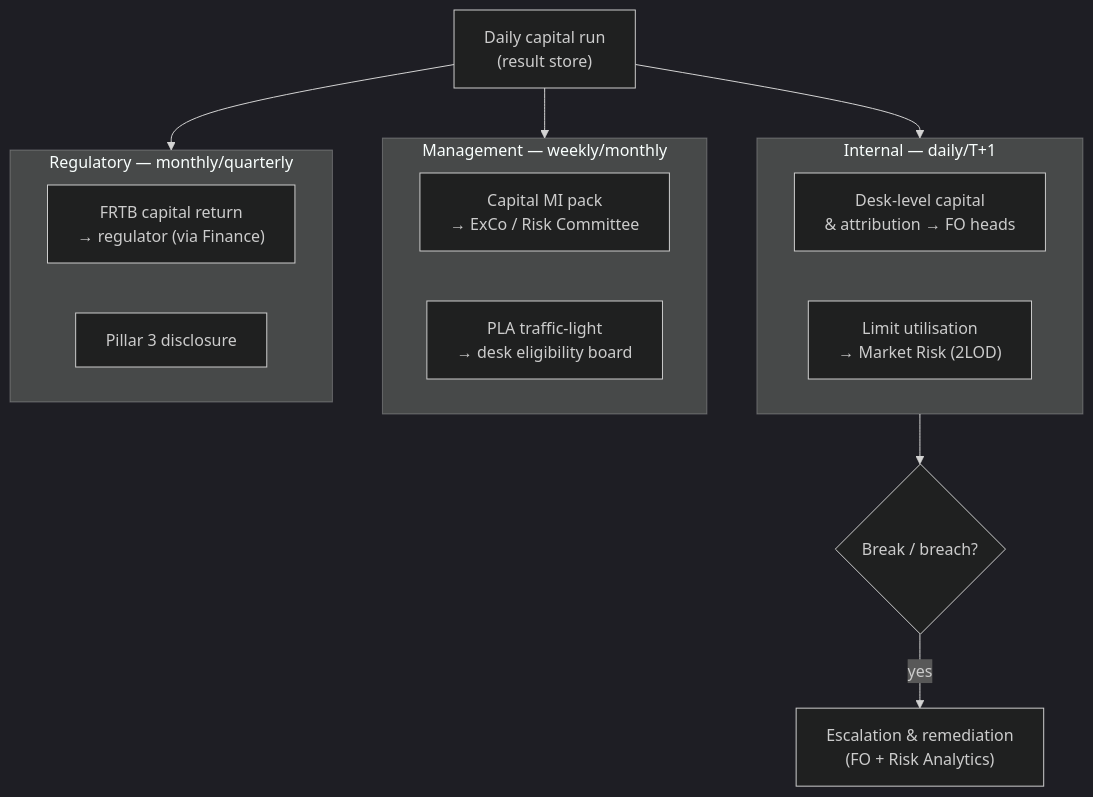
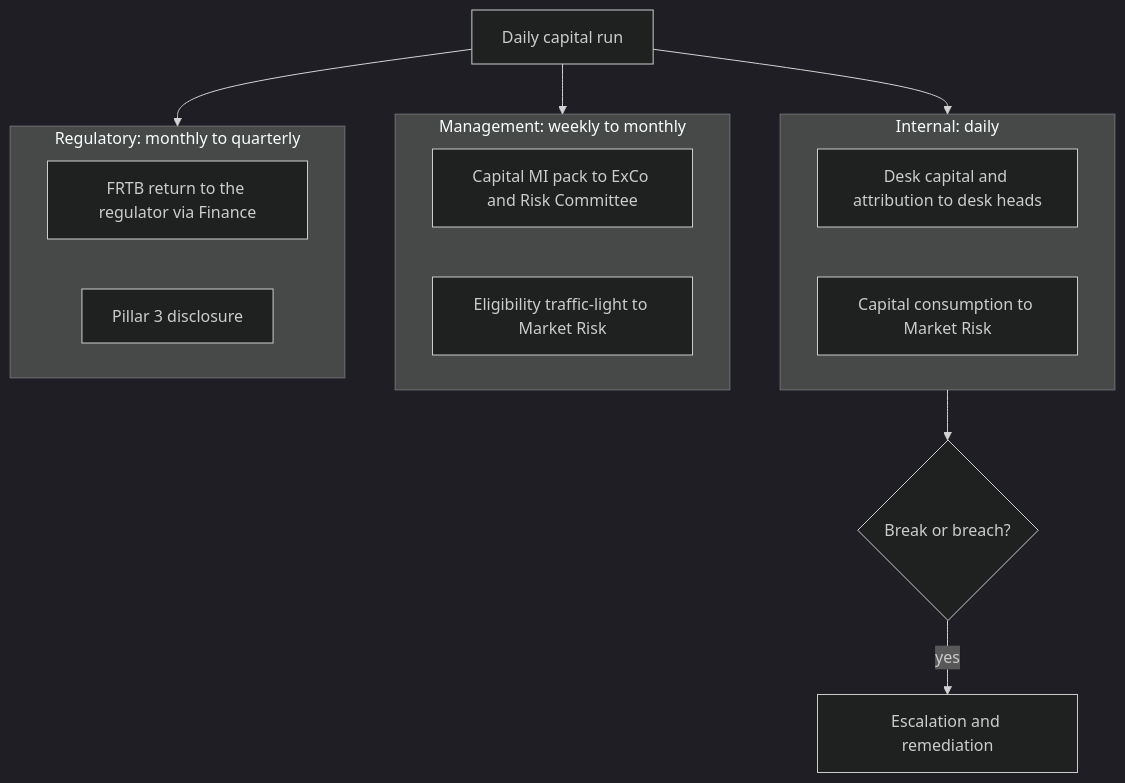
One commit to tomanizer/frtb-capital changed the sixth of 9 diagrams in docs/FRTB_TARGET_OPERATING_MODEL.md. Above: the diagram before and after it, drawn with Mermaid (dark theme). The commit also changed other lines of this file and 1 other file, not shown here.

First line of the commit message:
docs: rewrite FRTB TOM for readability; split out decision log (#661)

````diff
--- a/docs/FRTB_TARGET_OPERATING_MODEL.md
+++ b/docs/FRTB_TARGET_OPERATING_MODEL.md
@@ -476,22 +412,22 @@
 ```mermaid
 flowchart TB
-    RUN["Daily capital run<br/>(result store)"] --> D1
+    RUN["Daily capital run"] --> D1
     RUN --> D2
     RUN --> D3
 
-    subgraph D1["Internal — daily/T+1"]
-        DSK["Desk-level capital<br/>& attribution → FO heads"]
-        LIM["Limit utilisation<br/>→ Market Risk (2LOD)"]
+    subgraph D1["Internal: daily"]
+        DSK["Desk capital and attribution to desk heads"]
+        LIM["Capital consumption to Market Risk"]
     end
-    subgraph D2["Management — weekly/monthly"]
-        EXCO["Capital MI pack<br/>→ ExCo / Risk Committee"]
-        QC["PLA traffic-light<br/>→ desk eligibility board"]
+    subgraph D2["Management: weekly to monthly"]
+        EXCO["Capital MI pack to ExCo and Risk Committee"]
+        QC["Eligibility traffic-light to Market Risk"]
     end
-    subgraph D3["Regulatory — monthly/quarterly"]
-        RET["FRTB capital return<br/>→ regulator (via Finance)"]
+    subgraph D3["Regulatory: monthly to quarterly"]
+        RET["FRTB return to the regulator via Finance"]
         PIL3["Pillar 3 disclosure"]
     end
 
-    D1 --> ESC{"Break / breach?"}
-    ESC -->|yes| INC["Escalation & remediation<br/>(FO + Risk Analytics)"]
+    D1 --> ESC{"Break or breach?"}
+    ESC -->|yes| INC["Escalation and remediation"]
 ```
````
